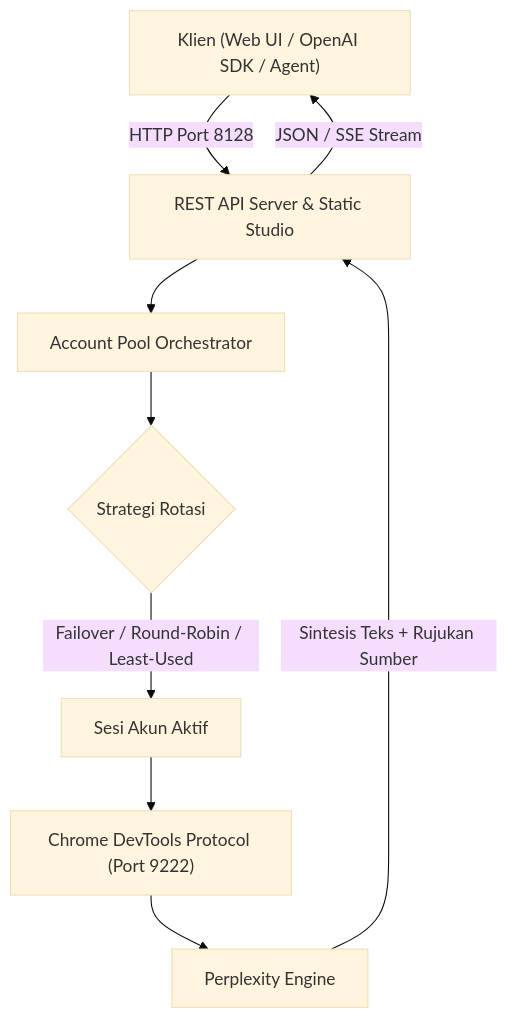
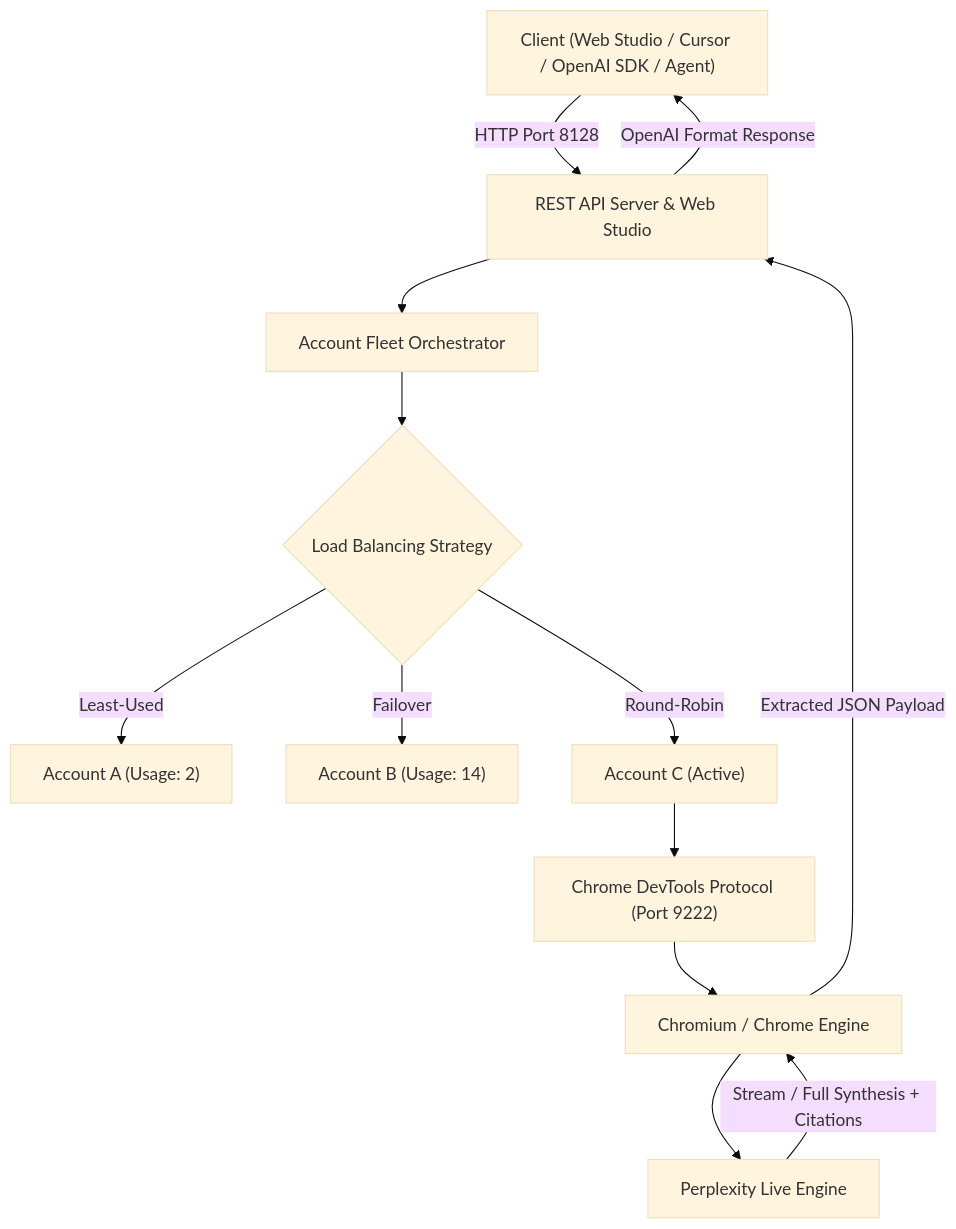
The diagram in README.md (itzluthfi/open-perplexity-farm), drawn with Mermaid (base theme) before and after one commit. The commit also changed other lines of this file and 5 other files, not shown here.

Commit message:
docs: add open-source README and custom Open Perplexity branding logo

````diff
--- a/README.md
+++ b/README.md
@@ -25,11 +59,18 @@
 ```mermaid
 flowchart TD
-    Client["Klien (Web UI / OpenAI SDK / Agent)"] -->|HTTP Port 8128| Gateway["REST API Server & Static Studio"]
-    Gateway --> Orchestrator["Account Pool Orchestrator"]
-    Orchestrator --> Strategy{"Strategi Rotasi"}
-    Strategy -->|Failover / Round-Robin / Least-Used| Session["Sesi Akun Aktif"]
-    Session --> CDP["Chrome DevTools Protocol (Port 9222)"]
-    CDP --> Engine["Perplexity Engine"]
-    Engine -->|Sintesis Teks + Rujukan Sumber| Gateway
-    Gateway -->|JSON / SSE Stream| Client
+    Client["Client (Web Studio / Cursor / OpenAI SDK / Agent)"] -->|HTTP Port 8128| Gateway["REST API Server & Web Studio"]
+    Gateway --> Orchestrator["Account Fleet Orchestrator"]
+    Orchestrator --> Strategy{"Load Balancing Strategy"}
+    
+    Strategy -->|Least-Used| AccA["Account A (Usage: 2)"]
+    Strategy -->|Failover| AccB["Account B (Usage: 14)"]
+    Strategy -->|Round-Robin| AccC["Account C (Active)"]
+    
+    AccC --> CDP["Chrome DevTools Protocol (Port 9222)"]
+    CDP --> Browser["Chromium / Chrome Engine"]
+    Browser --> Perplexity["Perplexity Live Engine"]
+    
+    Perplexity -->|Stream / Full Synthesis + Citations| Browser
+    Browser -->|Extracted JSON Payload| Gateway
+    Gateway -->|OpenAI Format Response| Client
 ```
````
